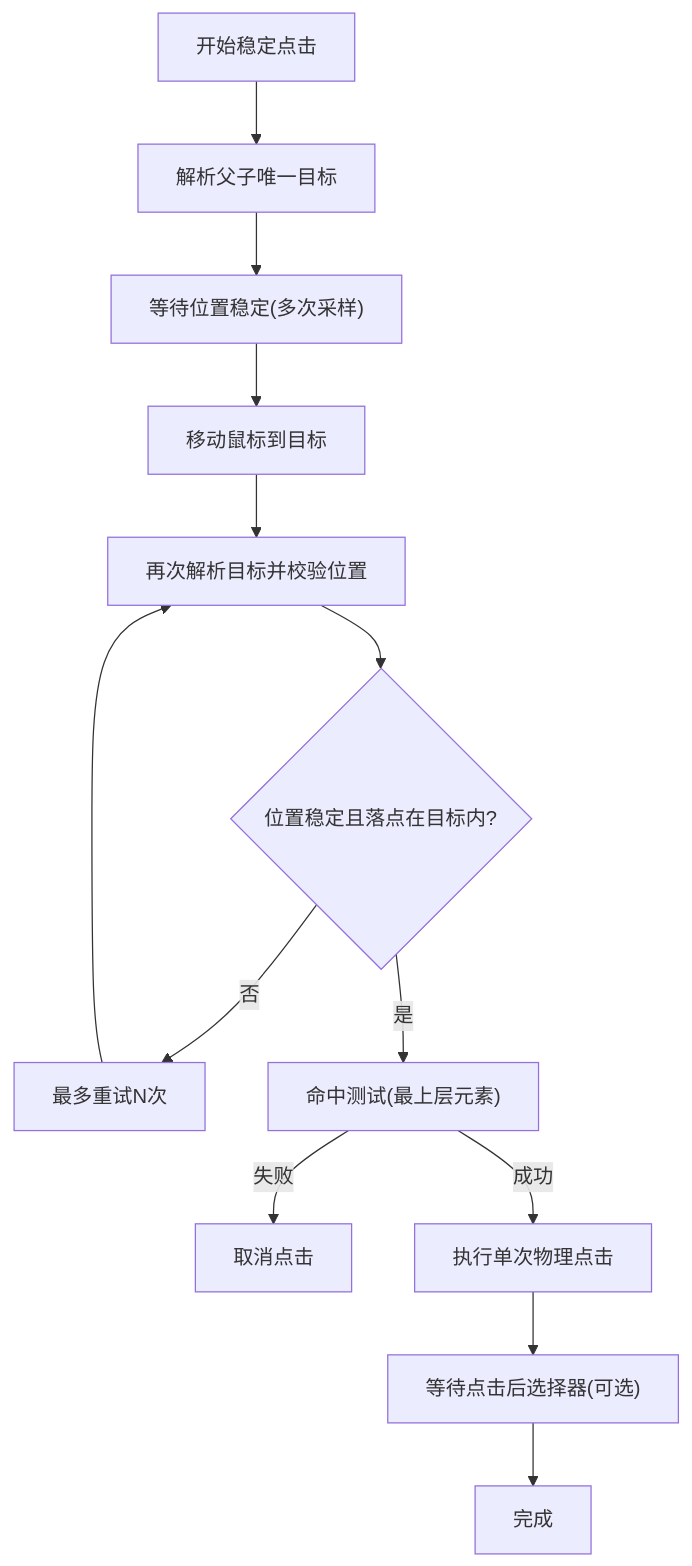
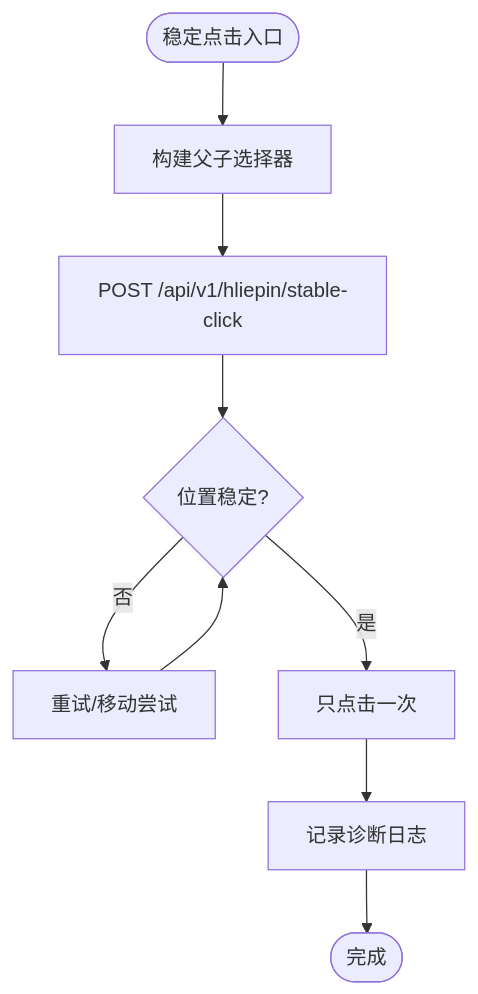
The eighth of 9 diagrams in .qoder/repowiki/zh/content/本地执行器/平台适配器/猎聘适配器/猎聘适配器.md (alvinwangzi/goodhr), drawn with Mermaid before and after one commit. The commit also changed other lines of this file and 149 other files, not shown here.

````diff
--- a/.qoder/repowiki/zh/content/本地执行器/平台适配器/猎聘适配器/猎聘适配器.md
+++ b/.qoder/repowiki/zh/content/本地执行器/平台适配器/猎聘适配器/猎聘适配器.md
@@ -274,15 +294,11 @@
 ```mermaid
 flowchart TD
-A["开始稳定点击"] --> B["解析父子唯一目标"]
-B --> C["等待位置稳定(多次采样)"]
-C --> D["移动鼠标到目标"]
-D --> E["再次解析目标并校验位置"]
-E --> F{"位置稳定且落点在目标内?"}
-F --> |否| Retry["最多重试N次"]
-Retry --> E
-F --> |是| Hit["命中测试(最上层元素)"]
-Hit --> |失败| Abort["取消点击"]
-Hit --> |成功| Click["执行单次物理点击"]
-Click --> Post["等待点击后选择器(可选)"]
-Post --> End["完成"]
+Start(["稳定点击入口"]) --> BuildSel["构建父子选择器"]
+BuildSel --> PostAPI["POST /api/v1/hliepin/stable-click"]
+PostAPI --> StableCheck{"位置稳定?"}
+StableCheck -- 否 --> Retry["重试/移动尝试"]
+Retry --> StableCheck
+StableCheck -- 是 --> ClickOnce["只点击一次"]
+ClickOnce --> Log["记录诊断日志"]
+Log --> End(["完成"])
 ```
````
